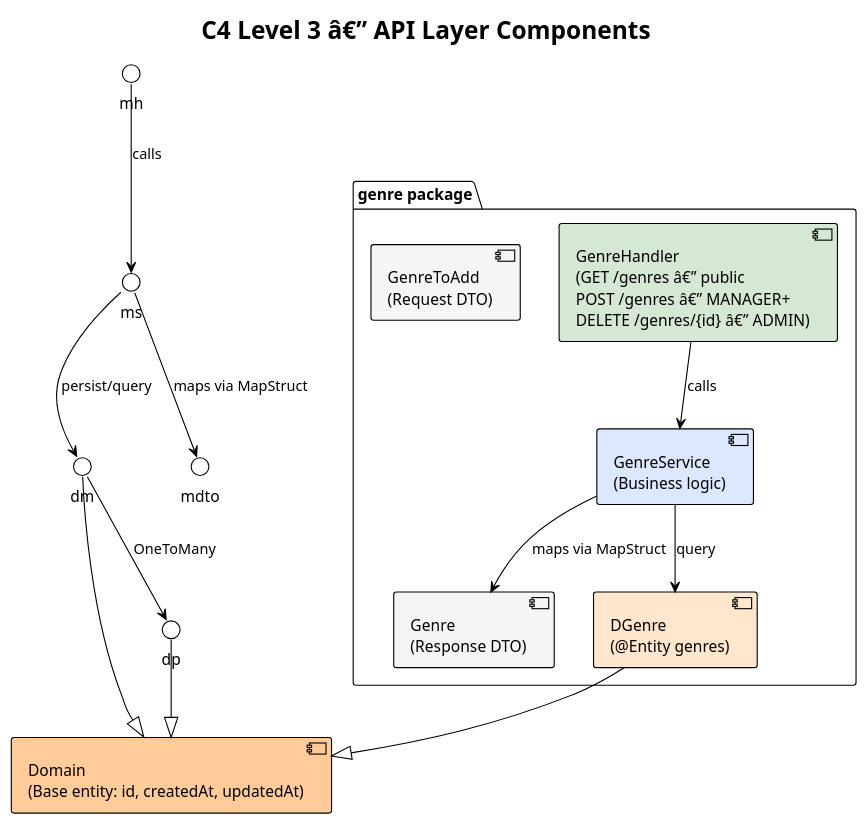
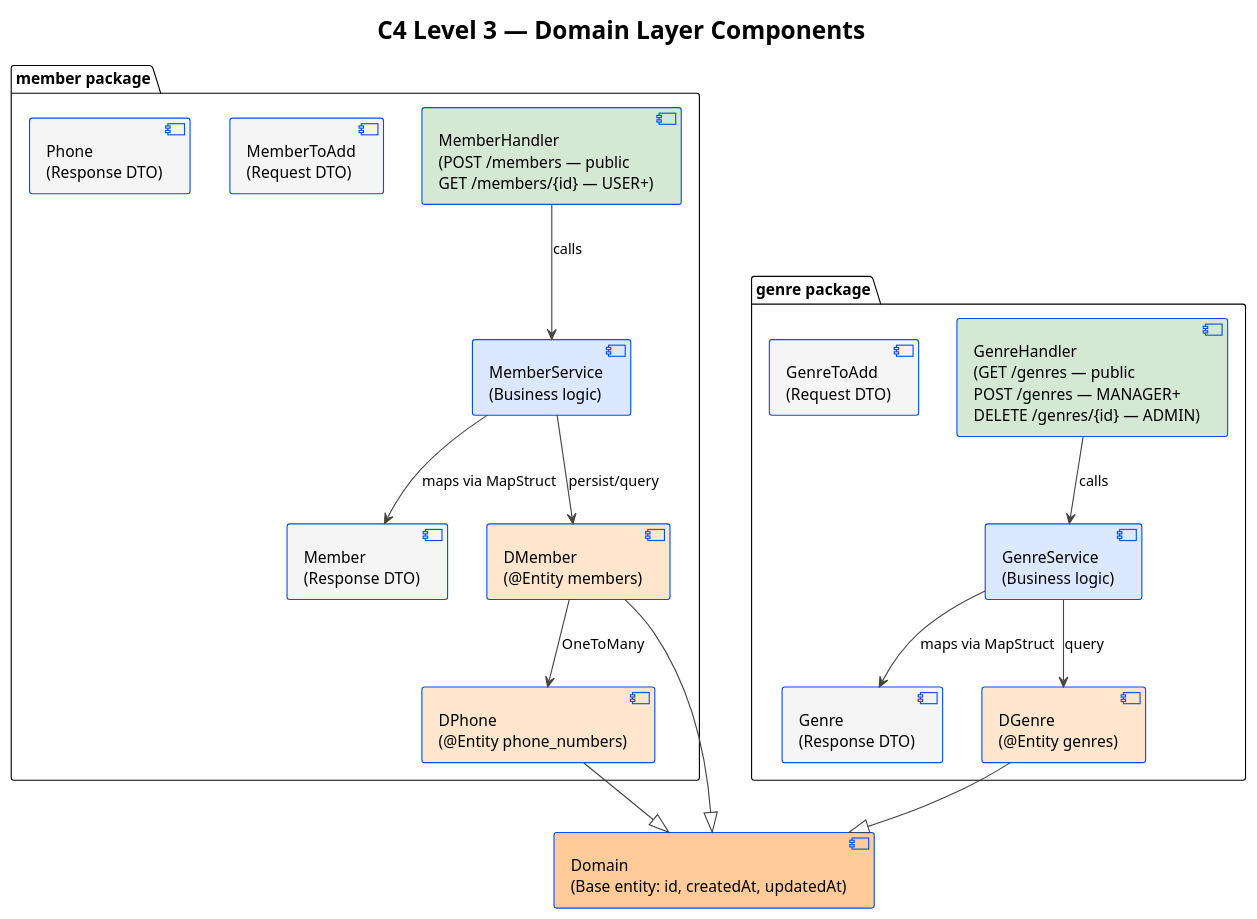
One commit to batzorigt/rest-api-template changed the fourth of 8 diagrams in docs/architecture.md. Above: the diagram before and after it, drawn with PlantUML. The commit also changed other lines of this file, not shown here.

````diff
--- a/docs/architecture.md
+++ b/docs/architecture.md
@@ -56,30 +195,45 @@
 ```plantuml
-@startuml C4_Component_API
+@startuml C4_Component_Domain
 !theme plain
-title C4 Level 3 â€” API Layer Components
+title C4 Level 3 — Domain Layer Components
 
+skinparam component {
+  BorderColor #0050ef
+  BackgroundColor #dce8ff
+}
+skinparam ArrowColor #444444
+
+package "member package" {
+  component "MemberHandler\n(POST /members — public\nGET /members/{id} — USER+)" as mh #d5e8d4
+  component "MemberService\n(Business logic)" as ms #dce8ff
+  component "MemberToAdd\n(Request DTO)" as mta #f5f5f5
+  component "Member\n(Response DTO)" as mdto #f5f5f5
+  component "Phone\n(Response DTO)" as pdto #f5f5f5
+  component "DMember\n(@Entity members)" as dm #ffe6cc
+  component "DPhone\n(@Entity phone_numbers)" as dp #ffe6cc
+}
 
 package "genre package" {
-  component "GenreHandler\n(GET /genres â€” public\nPOST /genres â€” MANAGER+\nDELETE /genres/{id} â€” ADMIN)" as gh #d5e8d4
+  component "GenreHandler\n(GET /genres — public\nPOST /genres — MANAGER+\nDELETE /genres/{id} — ADMIN)" as gh #d5e8d4
   component "GenreService\n(Business logic)" as gs #dce8ff
   component "GenreToAdd\n(Request DTO)" as gta #f5f5f5
   component "Genre\n(Response DTO)" as gdto #f5f5f5
   component "DGenre\n(@Entity genres)" as dg #ffe6cc
 }
 
 component "Domain\n(Base entity: id, createdAt, updatedAt)" as domain #ffcc99
 
 mh --> ms : "calls"
 ms --> dm : "persist/query"
 ms --> mdto : "maps via MapStruct"
 dm --> dp : "OneToMany"
 dm --|> domain
 dp --|> domain
 
 gh --> gs : "calls"
 gs --> dg : "query"
 gs --> gdto : "maps via MapStruct"
 dg --|> domain
 
 @enduml
 ```
````
